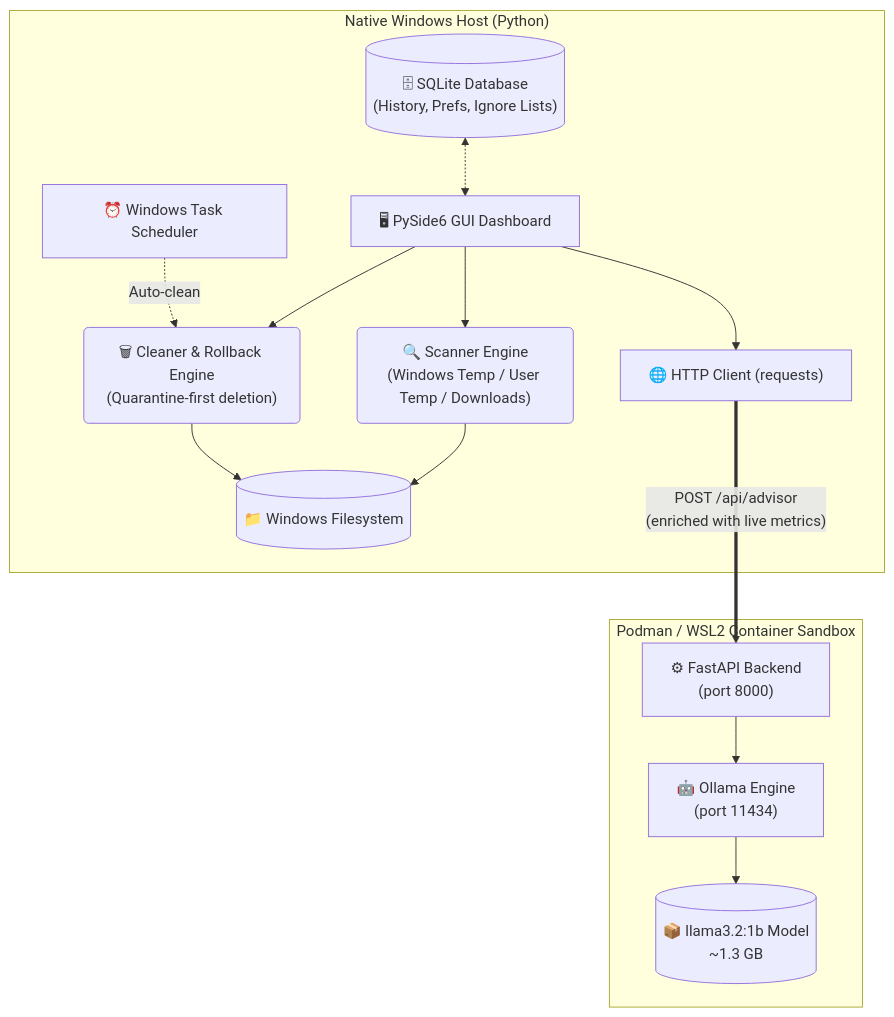
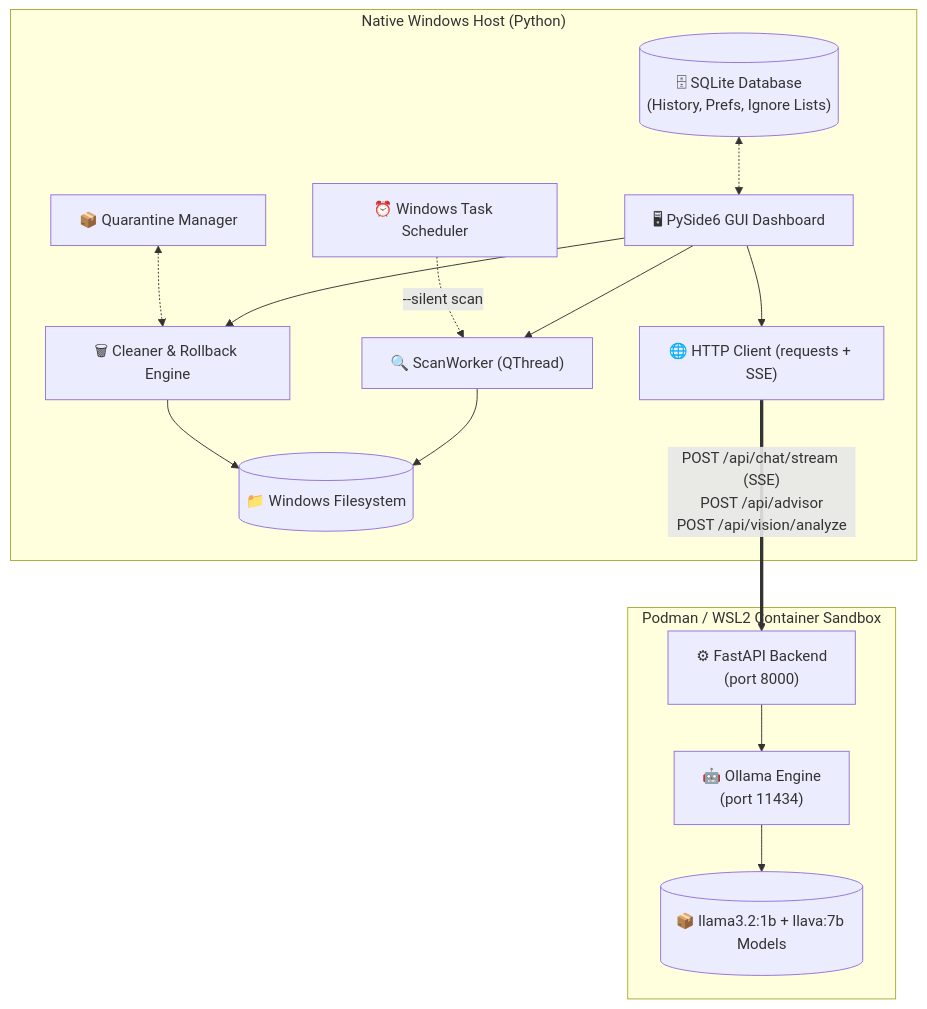
The first of 2 diagrams in README.md (abbysweb/AI-Powered-Windows-Cleaner), drawn with Mermaid before and after one commit. The commit also changed other lines of this file, not shown here.

Commit message:
docs: rewrite README to match current codebase (134 tests, streaming AI, vision, history/rollback)

````diff
--- a/README.md
+++ b/README.md
@@ -26,25 +29,26 @@
 ```mermaid
 graph TD
     subgraph "Native Windows Host (Python)"
-        A["🖥 PySide6 GUI Dashboard"] --> B("🔍 Scanner Engine\n(Windows Temp / User Temp / Downloads)")
-        A --> C("🗑 Cleaner & Rollback Engine\n(Quarantine-first deletion)")
-        A --> D["🌐 HTTP Client (requests)"]
+        A["🖥 PySide6 GUI Dashboard"] --> B["🔍 ScanWorker (QThread)"]
+        A --> C["🗑 Cleaner & Rollback Engine"]
+        A --> D["🌐 HTTP Client (requests + SSE)"]
 
         B --> E[("📁 Windows Filesystem")]
         C --> E
 
-        F["⏰ Windows Task Scheduler"] -.->|Auto-clean| C
+        F["⏰ Windows Task Scheduler"] -.->|--silent scan| B
         G[("🗄 SQLite Database\n(History, Prefs, Ignore Lists)")] <-.-> A
+        H["📦 Quarantine Manager"] <-.-> C
     end
 
     subgraph "Podman / WSL2 Container Sandbox"
-        H["⚙ FastAPI Backend\n(port 8000)"]
-        I["🤖 Ollama Engine\n(port 11434)"]
-        J[("📦 llama3.2:1b Model\n~1.3 GB")]
+        I["⚙ FastAPI Backend\n(port 8000)"]
+        J["🤖 Ollama Engine\n(port 11434)"]
+        K[("📦 llama3.2:1b + llava:7b Models")]
 
-        H --> I
         I --> J
+        J --> K
     end
 
-    D ===>|"POST /api/advisor\n(enriched with live metrics)"| H
+    D ===>|"POST /api/chat/stream (SSE)\nPOST /api/advisor\nPOST /api/vision/analyze"| I
 ```
````
